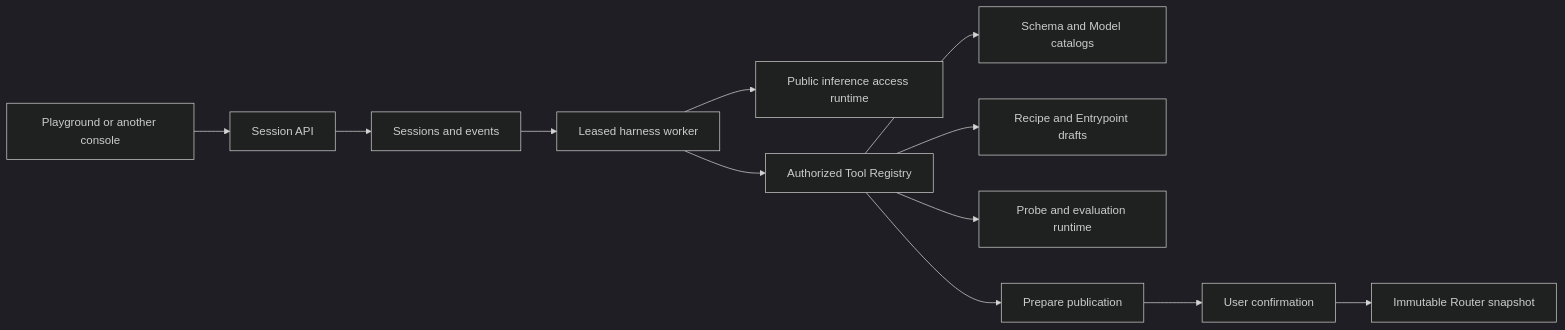
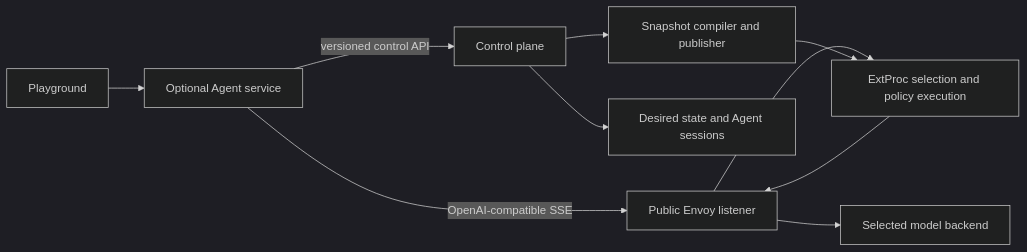
The diagram in website/docs/proposals/router-native-agent-runtime.md (vllm-project/semantic-router), drawn with Mermaid (dark theme) before and after one commit. The commit also changed other lines of this file and 18 other files, not shown here.

Commit message:
Separate agent and transport control-plane boundaries

````diff
--- a/website/docs/proposals/router-native-agent-runtime.md
+++ b/website/docs/proposals/router-native-agent-runtime.md
@@ -46,14 +40,13 @@
 ```mermaid
 flowchart LR
-  UI["Playground or another console"] --> SessionAPI["Session API"]
-  SessionAPI --> Sessions["Sessions and events"]
-  Sessions --> Worker["Leased harness worker"]
-  Worker --> Inference["Public inference access runtime"]
-  Worker --> Tools["Authorized Tool Registry"]
-  Tools --> Catalog["Schema and Model catalogs"]
-  Tools --> Drafts["Recipe and Entrypoint drafts"]
-  Tools --> Eval["Probe and evaluation runtime"]
-  Tools --> Publish["Prepare publication"]
-  Publish --> Confirm["User confirmation"]
-  Confirm --> Snapshot["Immutable Router snapshot"]
+    Browser["Playground"] --> Agent["Optional Agent service"]
+    Agent -->|"OpenAI-compatible SSE"| Envoy["Public Envoy listener"]
+    Envoy --> ExtProc["ExtProc selection and policy execution"]
+    ExtProc --> Envoy
+    Envoy --> Model["Selected model backend"]
+
+    Agent -->|"versioned control API"| Control["Control plane"]
+    Control --> DB["Desired state and Agent sessions"]
+    Control --> Publish["Snapshot compiler and publisher"]
+    Publish --> ExtProc
 ```
````
